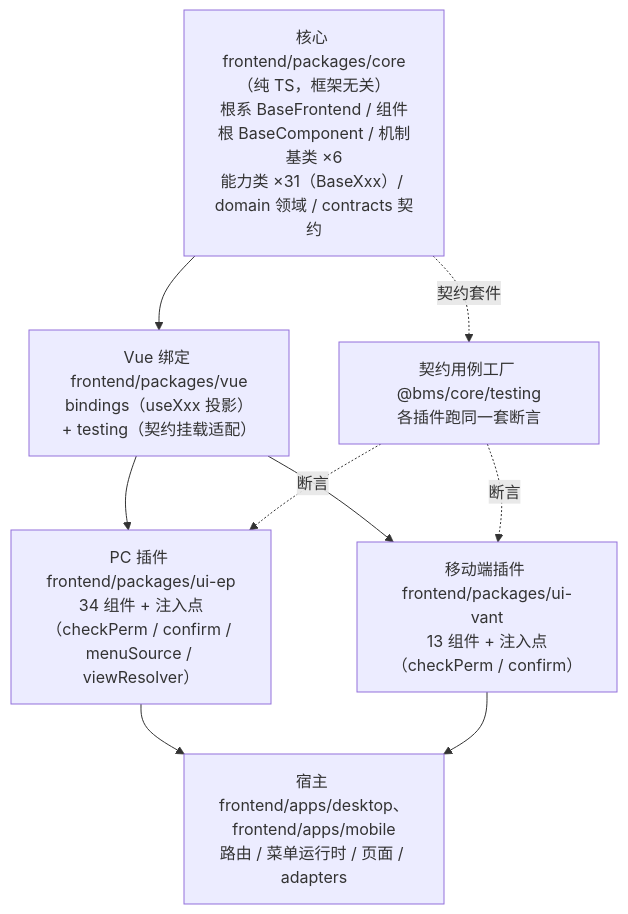
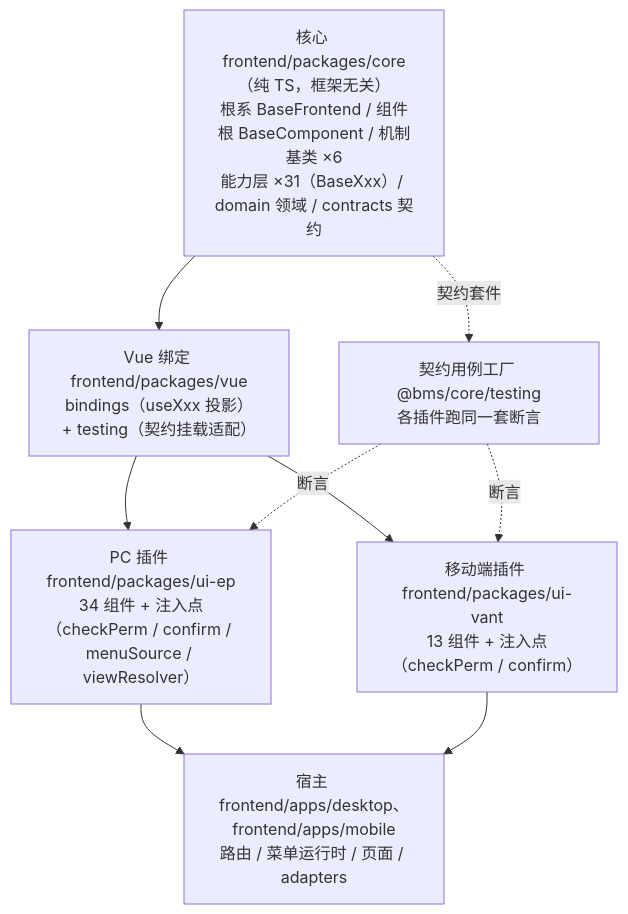
The diagram in bms文档/前端基类清单.md (minjian123/basic-management-system), drawn with Mermaid before and after one commit. The commit also changed other lines of this file and 10 other files, not shown here.

````diff
--- a/bms文档/前端基类清单.md
+++ b/bms文档/前端基类清单.md
@@ -18,17 +20,17 @@
 ```mermaid
 flowchart TD
-    CORE["核心 frontend/packages/core（纯 TS，框架无关）<br/>根系 BaseFrontend / 组件根 BaseComponent / 机制基类 ×6<br/>能力类 ×31（BaseXxx）/ domain 领域 / contracts 契约"]
+    CORE["核心 frontend/packages/core（纯 TS，框架无关）<br/>根系 BaseFrontend / 组件根 BaseComponent / 机制基类 ×6<br/>能力层 ×31（BaseXxx）/ domain 领域 / contracts 契约"]
     VUE["Vue 绑定 frontend/packages/vue<br/>bindings（useXxx 投影）+ testing（契约挂载适配）"]
     EP["PC 插件 frontend/packages/ui-ep<br/>34 组件 + 注入点（checkPerm / confirm / menuSource / viewResolver）"]
     VANT["移动端插件 frontend/packages/ui-vant<br/>13 组件 + 注入点（checkPerm / confirm）"]
     APPS["宿主 frontend/apps/desktop、frontend/apps/mobile<br/>路由 / 菜单运行时 / 页面 / adapters"]
     TEST["契约用例工厂 @bms/core/testing<br/>各插件跑同一套断言"]
     CORE --> VUE
     VUE --> EP
     VUE --> VANT
     EP --> APPS
     VANT --> APPS
     CORE -. "契约套件" .-> TEST
     TEST -. "断言" .-> EP
     TEST -. "断言" .-> VANT
 ```
````
